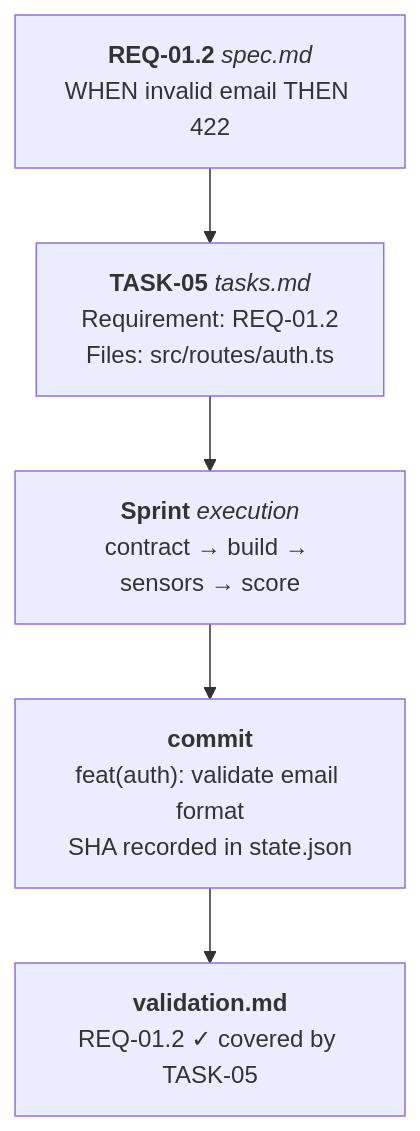
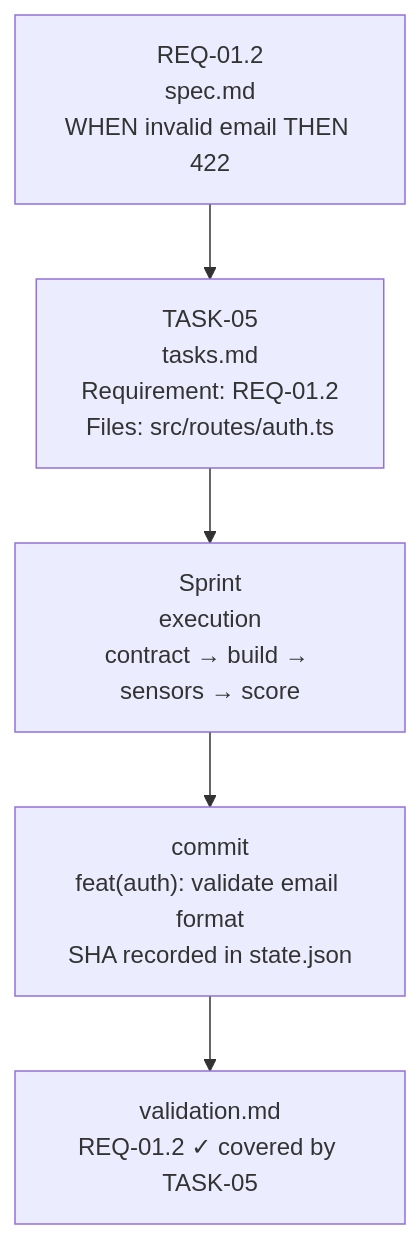
Before and after one commit to 0xPuncker/adp: the second of 3 diagrams in README.md, drawn with Mermaid. The commit also changed other lines of this file, not shown here.

````diff
--- a/README.md
+++ b/README.md
@@ -237,9 +235,9 @@
 ```mermaid
 flowchart TD
-    req["<b>REQ-01.2</b> <i>spec.md</i><br/>WHEN invalid email THEN 422"]
-    task["<b>TASK-05</b> <i>tasks.md</i><br/>Requirement: REQ-01.2<br/>Files: src/routes/auth.ts"]
-    sprint["<b>Sprint</b> <i>execution</i><br/>contract → build → sensors → score"]
-    commit["<b>commit</b><br/>feat(auth): validate email format<br/>SHA recorded in state.json"]
-    val["<b>validation.md</b><br/>REQ-01.2 ✓ covered by TASK-05"]
+    req["REQ-01.2<br/>spec.md<br/>WHEN invalid email THEN 422"]
+    task["TASK-05<br/>tasks.md<br/>Requirement: REQ-01.2<br/>Files: src/routes/auth.ts"]
+    sprint["Sprint<br/>execution<br/>contract → build → sensors → score"]
+    commit["commit<br/>feat(auth): validate email format<br/>SHA recorded in state.json"]
+    val["validation.md<br/>REQ-01.2 ✓ covered by TASK-05"]
     req --> task --> sprint --> commit --> val
 ```
````
